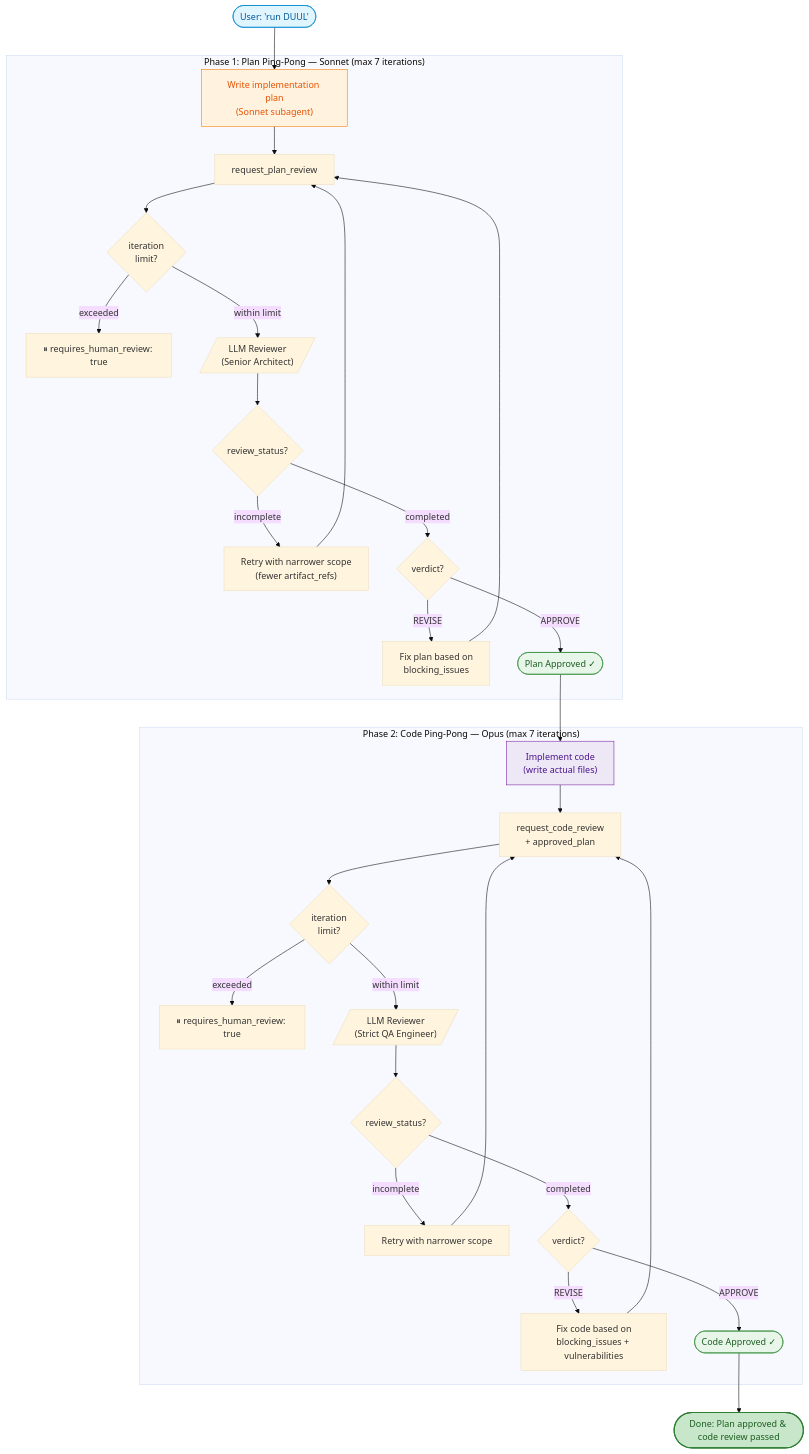
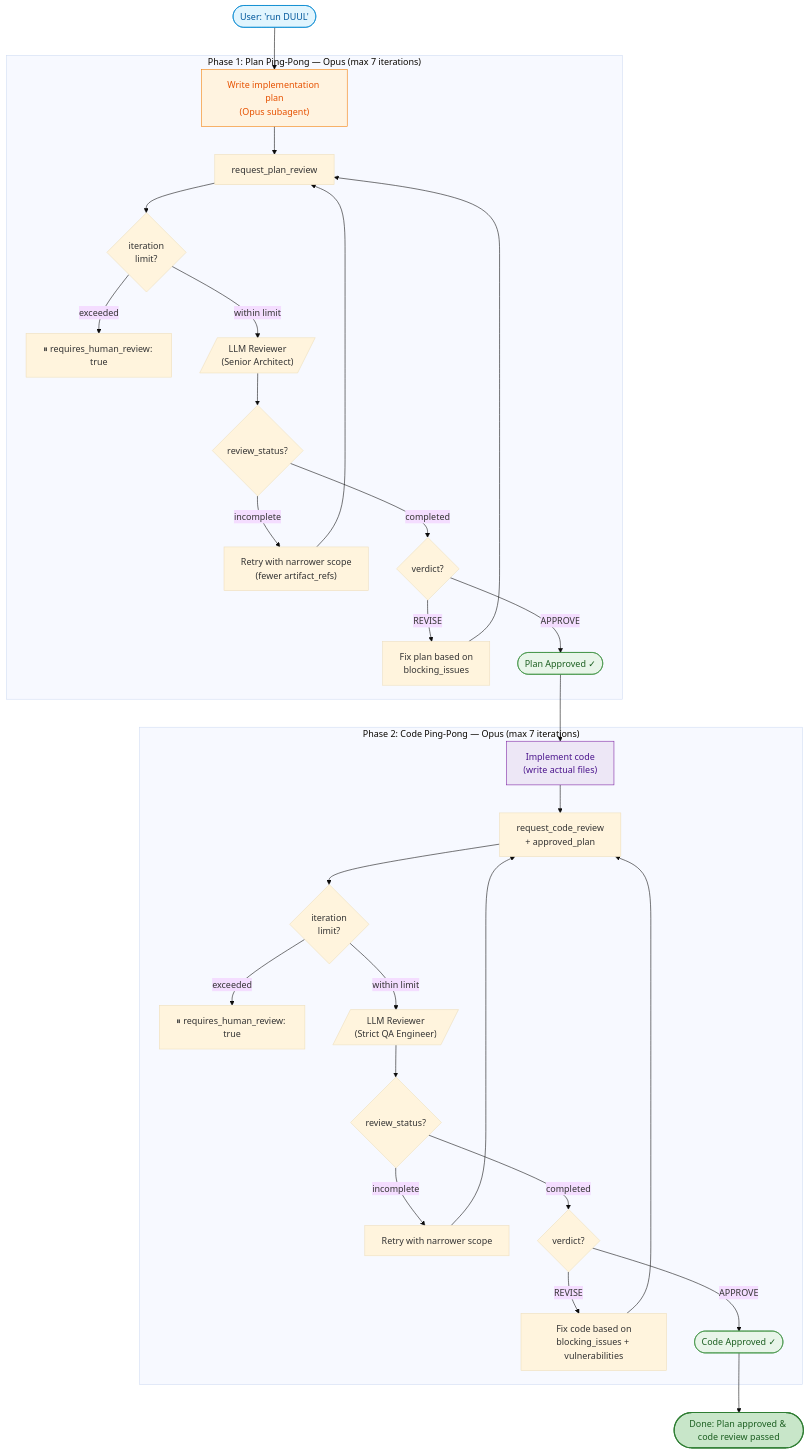
The first of 2 diagrams in README.md (Planningo/duul), drawn with Mermaid (base theme) before and after one commit. The commit also changed other lines of this file and 15 other files, not shown here.

````diff
--- a/README.md
+++ b/README.md
@@ -269,42 +269,42 @@
 ```mermaid
 flowchart TD
-    Start(["User: 'run DUUL'"]):::trigger --> Plan["Write implementation plan\n(Sonnet subagent)"]:::sonnet
+    Start(["User: 'run DUUL'"]):::trigger --> Plan["Write implementation plan\n(Opus subagent)"]:::planner
 
-    subgraph Phase1["Phase 1: Plan Ping-Pong — Sonnet (max 7 iterations)"]
+    subgraph Phase1["Phase 1: Plan Ping-Pong — Opus (max 7 iterations)"]
         Plan --> PR["request_plan_review"]
         PR --> IterCheck1{iteration\nlimit?}
         IterCheck1 -- "exceeded" --> Human1["⏸ requires_human_review: true"]
         IterCheck1 -- "within limit" --> Review1[/"LLM Reviewer\n(Senior Architect)"/]
         Review1 --> Status1{review_status?}
         Status1 -- "incomplete" --> Narrow1["Retry with narrower scope\n(fewer artifact_refs)"]
         Narrow1 --> PR
         Status1 -- "completed" --> Verdict1{verdict?}
         Verdict1 -- "REVISE" --> Fix1["Fix plan based on\nblocking_issues"]
         Fix1 --> PR
         Verdict1 -- "APPROVE" --> PlanOK(["Plan Approved ✓"]):::approved
     end
 
     PlanOK --> Impl["Implement code\n(write actual files)"]:::opus
 
     subgraph Phase2["Phase 2: Code Ping-Pong — Opus (max 7 iterations)"]
         Impl --> CR["request_code_review\n+ approved_plan"]
         CR --> IterCheck2{iteration\nlimit?}
         IterCheck2 -- "exceeded" --> Human2["⏸ requires_human_review: true"]
         IterCheck2 -- "within limit" --> Review2[/"LLM Reviewer\n(Strict QA Engineer)"/]
         Review2 --> Status2{review_status?}
         Status2 -- "incomplete" --> Narrow2["Retry with narrower scope"]
         Narrow2 --> CR
         Status2 -- "completed" --> Verdict2{verdict?}
         Verdict2 -- "REVISE" --> Fix2["Fix code based on\nblocking_issues + vulnerabilities"]
         Fix2 --> CR
         Verdict2 -- "APPROVE" --> CodeOK(["Code Approved ✓"]):::approved
     end
 
     CodeOK --> Done(["Done: Plan approved & code review passed"]):::done
 
     classDef trigger fill:#e1f5fe,stroke:#0288d1,color:#01579b
     classDef approved fill:#e8f5e9,stroke:#388e3c,color:#1b5e20
     classDef done fill:#c8e6c9,stroke:#2e7d32,color:#1b5e20,stroke-width:2px
-    classDef sonnet fill:#fff3e0,stroke:#f57c00,color:#e65100
+    classDef planner fill:#fff3e0,stroke:#f57c00,color:#e65100
     classDef opus fill:#ede7f6,stroke:#7b1fa2,color:#4a148c
 ```
````
